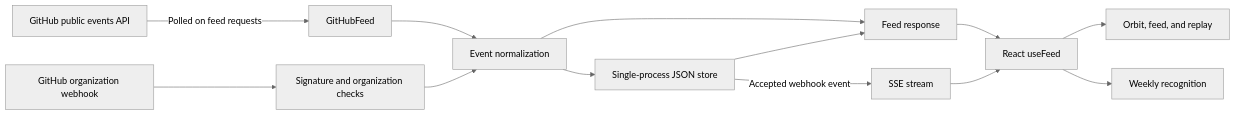
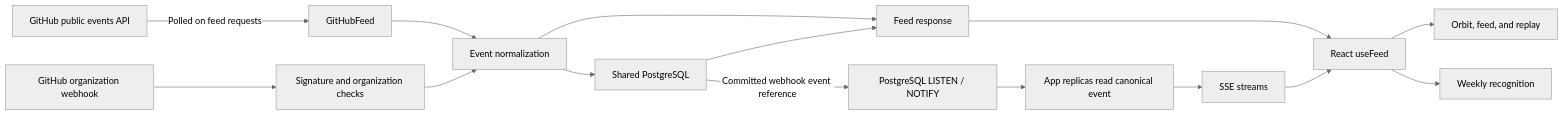
Before and after one commit to vndee/ship.live: the diagram in docs/architecture.md, drawn with Mermaid (neutral theme). The commit also changed other lines of this file and 26 other files, not shown here.

Commit message:
feat: share activity storage and realtime through PostgreSQL

````diff
--- a/docs/architecture.md
+++ b/docs/architecture.md
@@ -7,15 +7,17 @@
 ```mermaid
 flowchart LR
   GH[GitHub public events API] -->|Polled on feed requests| REST[GitHubFeed]
   REST --> NORMAL[Event normalization]
   WH[GitHub organization webhook] --> VERIFY[Signature and organization checks]
   VERIFY --> NORMAL
-  NORMAL --> STORE[Single-process JSON store]
+  NORMAL --> STORE[Shared PostgreSQL]
   NORMAL --> FEED[Feed response]
   STORE --> FEED
-  STORE -->|Accepted webhook event| SSE[SSE stream]
+  STORE -->|Committed webhook event reference| NOTIFY[PostgreSQL LISTEN / NOTIFY]
+  NOTIFY --> INSTANCES[App replicas read canonical event]
+  INSTANCES --> SSE[SSE streams]
   FEED --> HOOK[React useFeed]
   SSE --> HOOK
   HOOK --> VIEW[Orbit, feed, and replay]
   HOOK --> TEAM[Weekly recognition]
 ```
````
